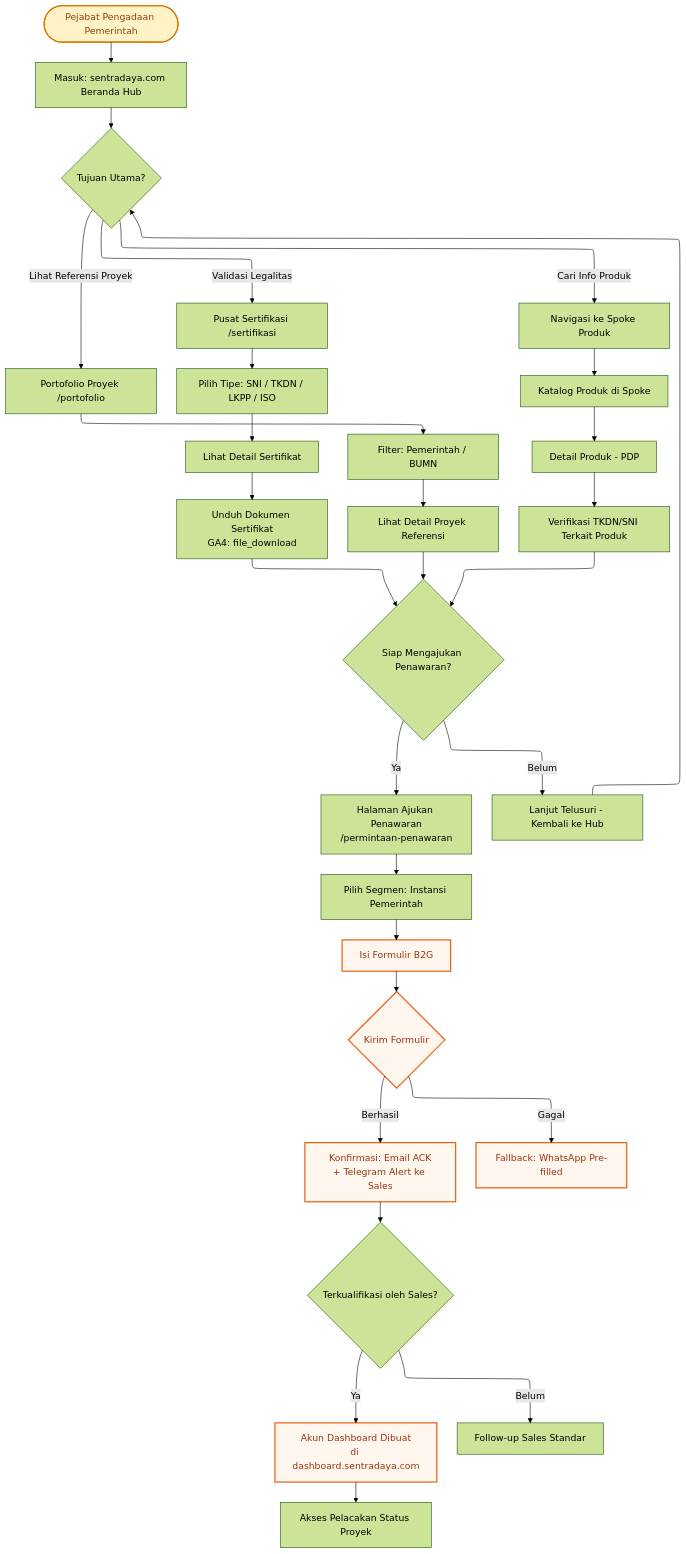
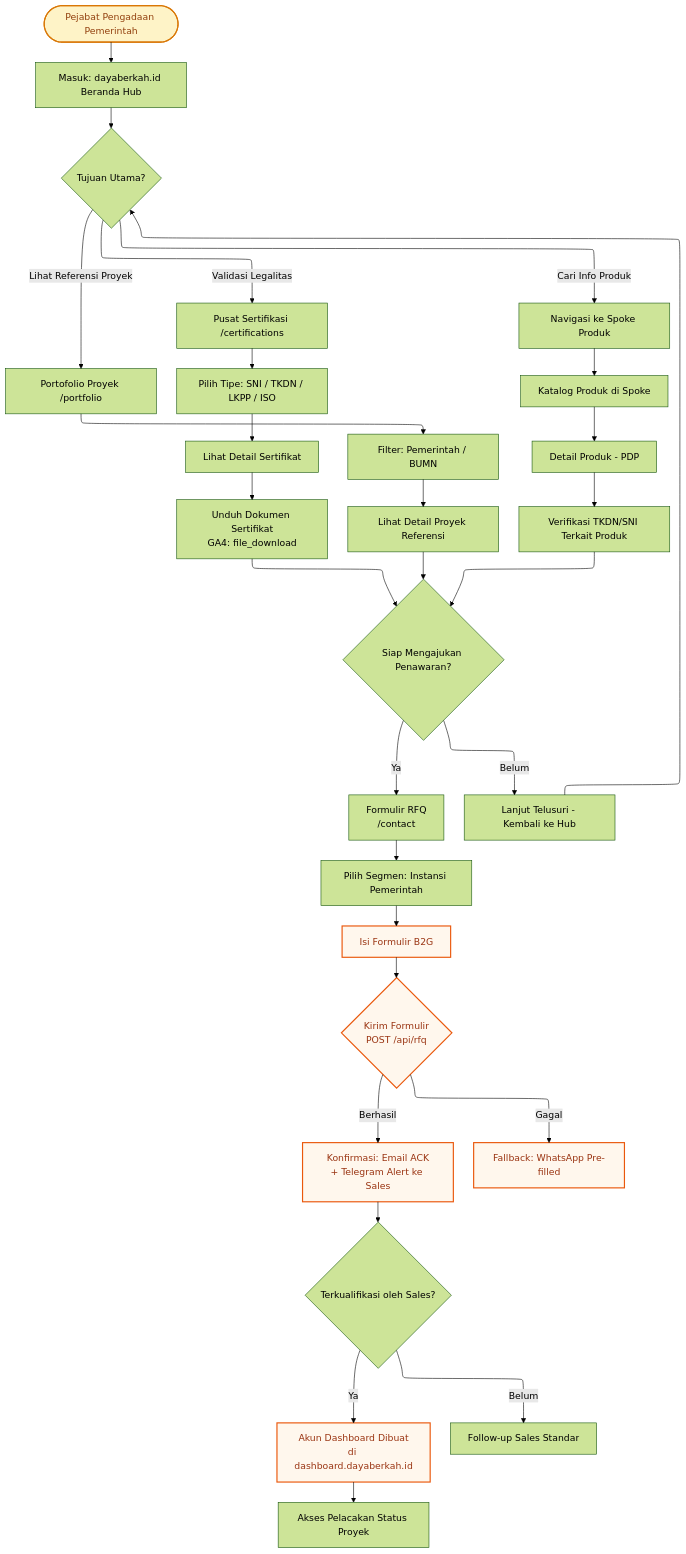
One commit to pxrzival404/arostech-hub changed the first of 3 diagrams in docs/core/information-architecture/ia-user-flows.md. Above: the diagram before and after it, drawn with Mermaid (forest theme). The commit also changed other lines of this file and 27 other files, not shown here.

````diff
--- a/docs/core/information-architecture/ia-user-flows.md
+++ b/docs/core/information-architecture/ia-user-flows.md
@@ -17,45 +18,45 @@
 ```mermaid
 ---
 config:
   layout: elk
 ---
 flowchart TD
     classDef entry fill:#fef3c7,stroke:#d97706,stroke-width:2px,color:#92400e
     classDef conversion fill:#fff7ed,stroke:#ea580c,stroke-width:2px,color:#9a3412
 
     START(["Pejabat Pengadaan Pemerintah"])
-    START --> ENTRY["Masuk: sentradaya.com Beranda Hub"]
+    START --> ENTRY["Masuk: dayaberkah.id Beranda Hub"]
     ENTRY --> INTENT{"Tujuan Utama?"}
-    INTENT -->|"Validasi Legalitas"| CERT["Pusat Sertifikasi /sertifikasi"]
-    INTENT -->|"Lihat Referensi Proyek"| PORT["Portofolio Proyek /portofolio"]
+    INTENT -->|"Validasi Legalitas"| CERT["Pusat Sertifikasi /certifications"]
+    INTENT -->|"Lihat Referensi Proyek"| PORT["Portofolio Proyek /portfolio"]
     INTENT -->|"Cari Info Produk"| SPOKE["Navigasi ke Spoke Produk"]
     CERT --> CTYPE["Pilih Tipe: SNI / TKDN / LKPP / ISO"]
     CTYPE --> CVIEW["Lihat Detail Sertifikat"]
     CVIEW --> CDL["Unduh Dokumen Sertifikat\nGA4: file_download"]
     PORT --> PFILT["Filter: Pemerintah / BUMN"]
     PFILT --> PVIEW["Lihat Detail Proyek Referensi"]
     SPOKE --> SCAT["Katalog Produk di Spoke"]
     SCAT --> SPDP["Detail Produk - PDP"]
     SPDP --> SCERT["Verifikasi TKDN/SNI Terkait Produk"]
     CDL --> READY{"Siap Mengajukan Penawaran?"}
     PVIEW --> READY
     SCERT --> READY
-    READY -->|"Ya"| RFQPAGE["Halaman Ajukan Penawaran\n/permintaan-penawaran"]
+    READY -->|"Ya"| RFQPAGE["Formulir RFQ\n/contact"]
     READY -->|"Belum"| BROWSE["Lanjut Telusuri - Kembali ke Hub"]
     BROWSE --> INTENT
     RFQPAGE --> SEGMENT["Pilih Segmen: Instansi Pemerintah"]
     SEGMENT --> B2GFORM["Isi Formulir B2G"]
-    B2GFORM --> SUBMIT{"Kirim Formulir"}
+    B2GFORM --> SUBMIT{"Kirim Formulir\nPOST /api/rfq"}
     SUBMIT -->|"Berhasil"| CONFIRM["Konfirmasi: Email ACK\n+ Telegram Alert ke Sales"]
     SUBMIT -->|"Gagal"| FALLBACK["Fallback: WhatsApp Pre-filled"]
     CONFIRM --> QUALIFY{"Terkualifikasi oleh Sales?"}
-    QUALIFY -->|"Ya"| PROVISION["Akun Dashboard Dibuat\ndi dashboard.sentradaya.com"]
+    QUALIFY -->|"Ya"| PROVISION["Akun Dashboard Dibuat\ndi dashboard.dayaberkah.id"]
     QUALIFY -->|"Belum"| FOLLOWUP["Follow-up Sales Standar"]
     PROVISION --> TRACKING["Akses Pelacakan Status Proyek"]
     class START entry
     class B2GFORM conversion
     class SUBMIT conversion
     class CONFIRM conversion
     class FALLBACK conversion
     class PROVISION conversion
 ```
````
